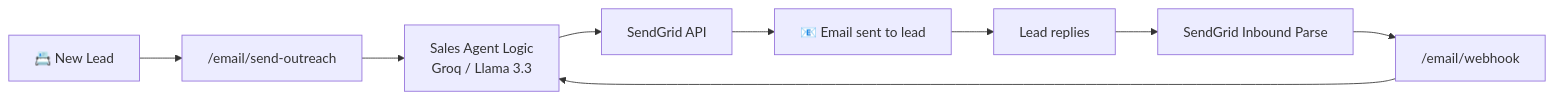
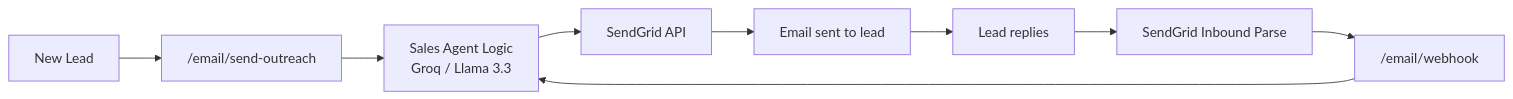
The diagram in README.md (Khaled-fouad0/email-outreach-agent), drawn with Mermaid before and after one commit. The commit also changed other lines of this file, not shown here.

````diff
--- a/README.md
+++ b/README.md
@@ -58,11 +58,11 @@
 ```mermaid
 flowchart LR
-    A[📇 New Lead] --> B["/email/send-outreach"]
+    A[ New Lead] --> B["/email/send-outreach"]
     B --> C[Sales Agent Logic<br/>Groq / Llama 3.3]
     C --> D[SendGrid API]
-    D --> E[📧 Email sent to lead]
+    D --> E[ Email sent to lead]
     E --> F[Lead replies]
     F --> G[SendGrid Inbound Parse]
     G --> H["/email/webhook"]
     H --> C
 ```
````
